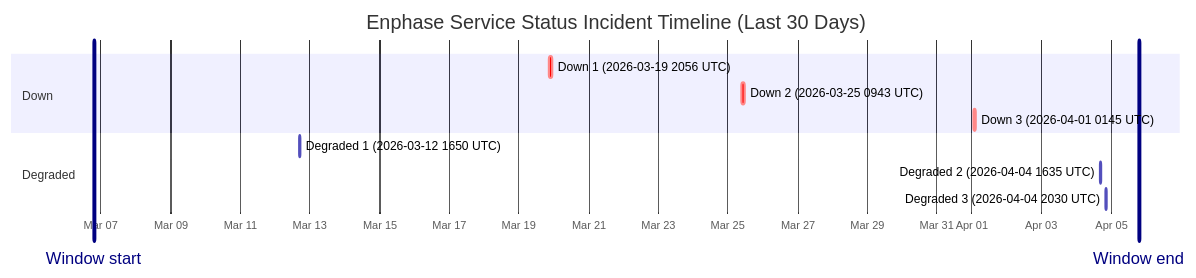
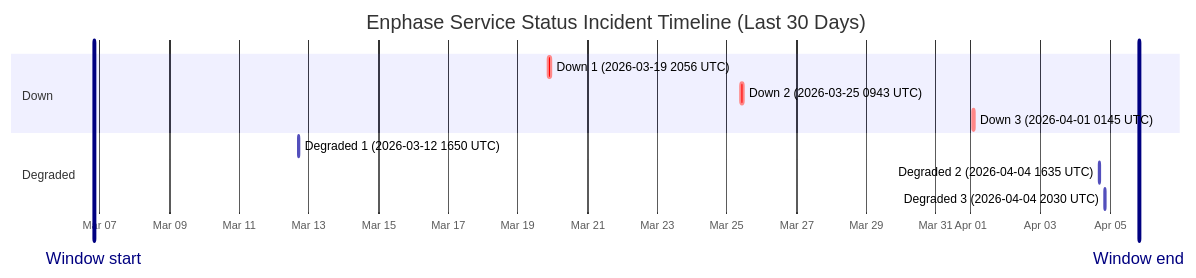
One commit to barneyonline/ha-enphase-ev-charger changed the diagram in wiki/Service-Status-History.md. Above: the diagram before and after it, drawn with Mermaid. The commit also changed other lines of this file and 3 other files, not shown here.

````diff
--- a/wiki/Service-Status-History.md
+++ b/wiki/Service-Status-History.md
@@ -14,16 +14,16 @@
 ```mermaid
 gantt
     title Enphase Service Status Incident Timeline (Last 30 Days)
     dateFormat  YYYY-MM-DDTHH:mm:ss
     axisFormat  %b %d
-    Window start :vert, window-start, 2026-03-06T19:10:06, 0ms
-    Window end :vert, window-end, 2026-04-05T19:10:06, 0ms
+    Window start :vert, window-start, 2026-03-06T19:56:05, 0ms
+    Window end :vert, window-end, 2026-04-05T19:56:05, 0ms
     section Down
     Down 1 (2026-03-19 2056 UTC) :crit, down-1, 2026-03-19T20:56:20, 145m
     Down 2 (2026-03-25 0943 UTC) :crit, down-2, 2026-03-25T09:43:28, 111m
     Down 3 (2026-04-01 0145 UTC) :crit, down-3, 2026-04-01T01:45:09, 60m
     section Degraded
     Degraded 1 (2026-03-12 1650 UTC) :active, degraded-1, 2026-03-12T16:50:43, 60m
     Degraded 2 (2026-04-04 1635 UTC) :active, degraded-2, 2026-04-04T16:35:17, 60m
     Degraded 3 (2026-04-04 2030 UTC) :active, degraded-3, 2026-04-04T20:30:40, 60m
 ```
````
